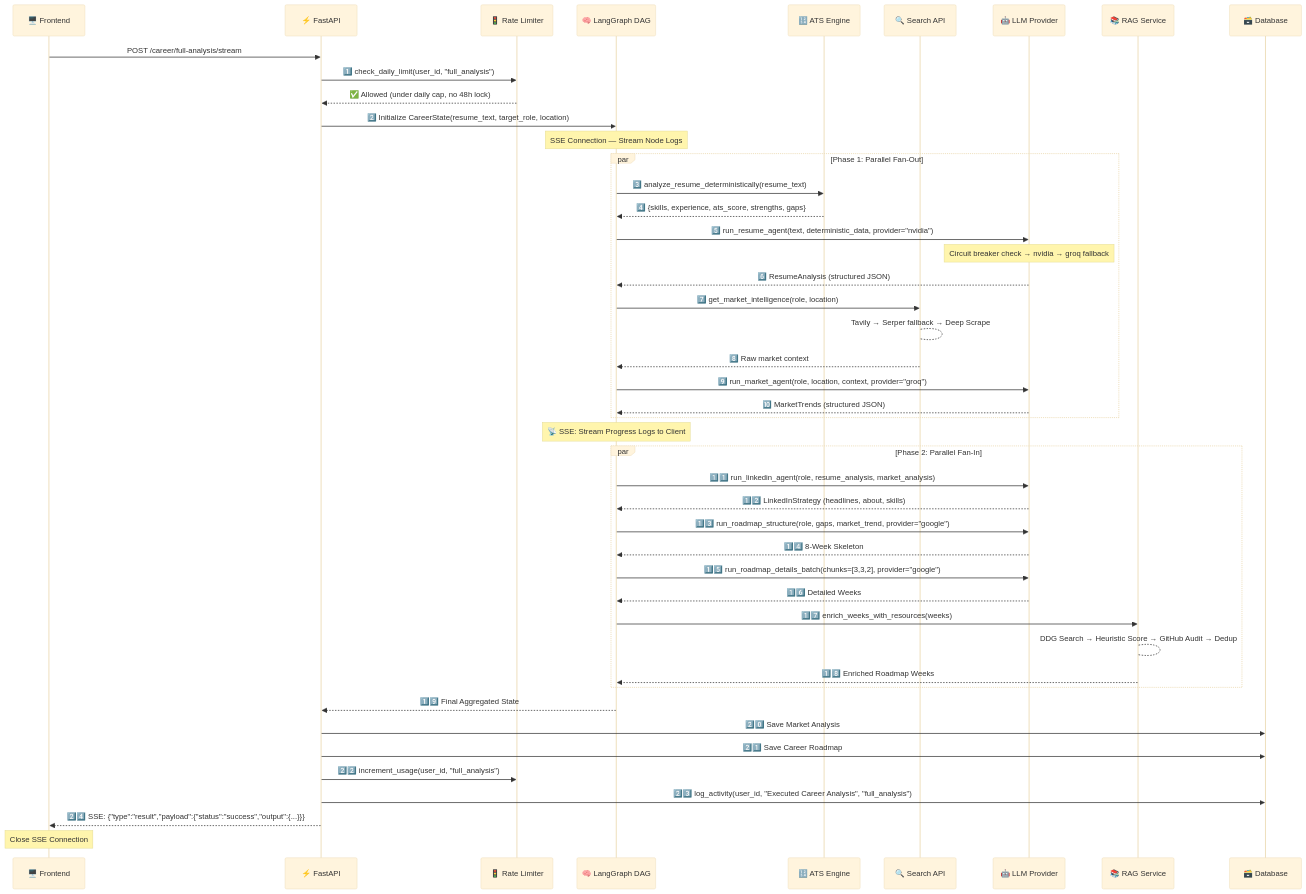
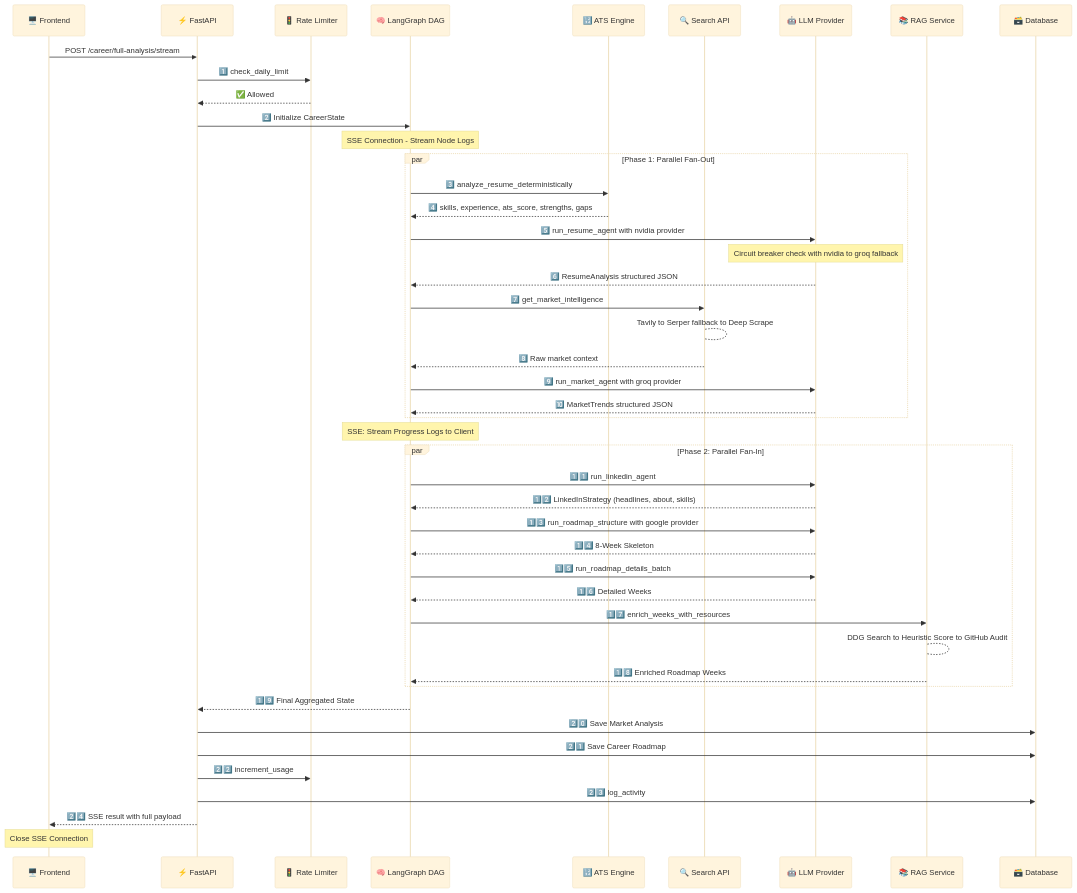
One commit to Anil-Pradhan-web/ai-career-mentor changed diagram 23 of 35 in ARCHITECTURE.md. Above: the diagram before and after it, drawn with Mermaid (base theme). The commit also changed other lines of this file, not shown here.

Commit message:
fix: remove all JSON curly braces from Mermaid sequence diagrams, simplify state diagrams, replace classDef with inline styles for GitHub compatibility

````diff
--- a/ARCHITECTURE.md
+++ b/ARCHITECTURE.md
@@ -1250,61 +1208,61 @@
 ```mermaid
 sequenceDiagram
     participant Client as 🖥️ Frontend
     participant API as ⚡ FastAPI
     participant RL as 🚦 Rate Limiter
     participant Graph as 🧠 LangGraph DAG
     participant ATS as 🔢 ATS Engine
     participant Search as 🔍 Search API
     participant LLM as 🤖 LLM Provider
     participant RAG as 📚 RAG Service
     participant DB as 🗃️ Database
 
     Client->>API: POST /career/full-analysis/stream
     
-    API->>RL: 1️⃣ check_daily_limit(user_id, "full_analysis")
-    RL-->>API: ✅ Allowed (under daily cap, no 48h lock)
+    API->>RL: 1️⃣ check_daily_limit
+    RL-->>API: ✅ Allowed
     
-    API->>Graph: 2️⃣ Initialize CareerState(resume_text, target_role, location)
-    Note over Graph: SSE Connection — Stream Node Logs
+    API->>Graph: 2️⃣ Initialize CareerState
+    Note over Graph: SSE Connection - Stream Node Logs
     
     par Phase 1: Parallel Fan-Out
-        Graph->>ATS: 3️⃣ analyze_resume_deterministically(resume_text)
-        ATS-->>Graph: 4️⃣ {skills, experience, ats_score, strengths, gaps}
+        Graph->>ATS: 3️⃣ analyze_resume_deterministically
+        ATS-->>Graph: 4️⃣ skills, experience, ats_score, strengths, gaps
         
-        Graph->>LLM: 5️⃣ run_resume_agent(text, deterministic_data, provider="nvidia")
-        Note over LLM: Circuit breaker check → nvidia → groq fallback
-        LLM-->>Graph: 6️⃣ ResumeAnalysis (structured JSON)
+        Graph->>LLM: 5️⃣ run_resume_agent with nvidia provider
+        Note over LLM: Circuit breaker check with nvidia to groq fallback
+        LLM-->>Graph: 6️⃣ ResumeAnalysis structured JSON
         
-        Graph->>Search: 7️⃣ get_market_intelligence(role, location)
-        Search-->Search: Tavily → Serper fallback → Deep Scrape
+        Graph->>Search: 7️⃣ get_market_intelligence
+        Search-->Search: Tavily to Serper fallback to Deep Scrape
         Search-->>Graph: 8️⃣ Raw market context
         
-        Graph->>LLM: 9️⃣ run_market_agent(role, location, context, provider="groq")
-        LLM-->>Graph: 🔟 MarketTrends (structured JSON)
+        Graph->>LLM: 9️⃣ run_market_agent with groq provider
+        LLM-->>Graph: 🔟 MarketTrends structured JSON
     end
     
-    Note over Graph: 📡 SSE: Stream Progress Logs to Client
+    Note over Graph: SSE: Stream Progress Logs to Client
     
     par Phase 2: Parallel Fan-In
-        Graph->>LLM: 1️⃣1️⃣ run_linkedin_agent(role, resume_analysis, market_analysis)
+        Graph->>LLM: 1️⃣1️⃣ run_linkedin_agent
         LLM-->>Graph: 1️⃣2️⃣ LinkedInStrategy (headlines, about, skills)
         
-        Graph->>LLM: 1️⃣3️⃣ run_roadmap_structure(role, gaps, market_trend, provider="google")
+        Graph->>LLM: 1️⃣3️⃣ run_roadmap_structure with google provider
         LLM-->>Graph: 1️⃣4️⃣ 8-Week Skeleton
-        Graph->>LLM: 1️⃣5️⃣ run_roadmap_details_batch(chunks=[3,3,2], provider="google")
+        Graph->>LLM: 1️⃣5️⃣ run_roadmap_details_batch
         LLM-->>Graph: 1️⃣6️⃣ Detailed Weeks
-        Graph->>RAG: 1️⃣7️⃣ enrich_weeks_with_resources(weeks)
-        RAG-->RAG: DDG Search → Heuristic Score → GitHub Audit → Dedup
+        Graph->>RAG: 1️⃣7️⃣ enrich_weeks_with_resources
+        RAG-->RAG: DDG Search to Heuristic Score to GitHub Audit
         RAG-->>Graph: 1️⃣8️⃣ Enriched Roadmap Weeks
     end
     
     Graph-->>API: 1️⃣9️⃣ Final Aggregated State
     
     API->>DB: 2️⃣0️⃣ Save Market Analysis
     API->>DB: 2️⃣1️⃣ Save Career Roadmap
-    API->>RL: 2️⃣2️⃣ increment_usage(user_id, "full_analysis")
-    API->>DB: 2️⃣3️⃣ log_activity(user_id, "Executed Career Analysis", "full_analysis")
+    API->>RL: 2️⃣2️⃣ increment_usage
+    API->>DB: 2️⃣3️⃣ log_activity
     
-    API-->>Client: 2️⃣4️⃣ SSE: {"type":"result","payload":{"status":"success","output":{...}}}
+    API-->>Client: 2️⃣4️⃣ SSE result with full payload
     Note over Client: Close SSE Connection
 ```
````
